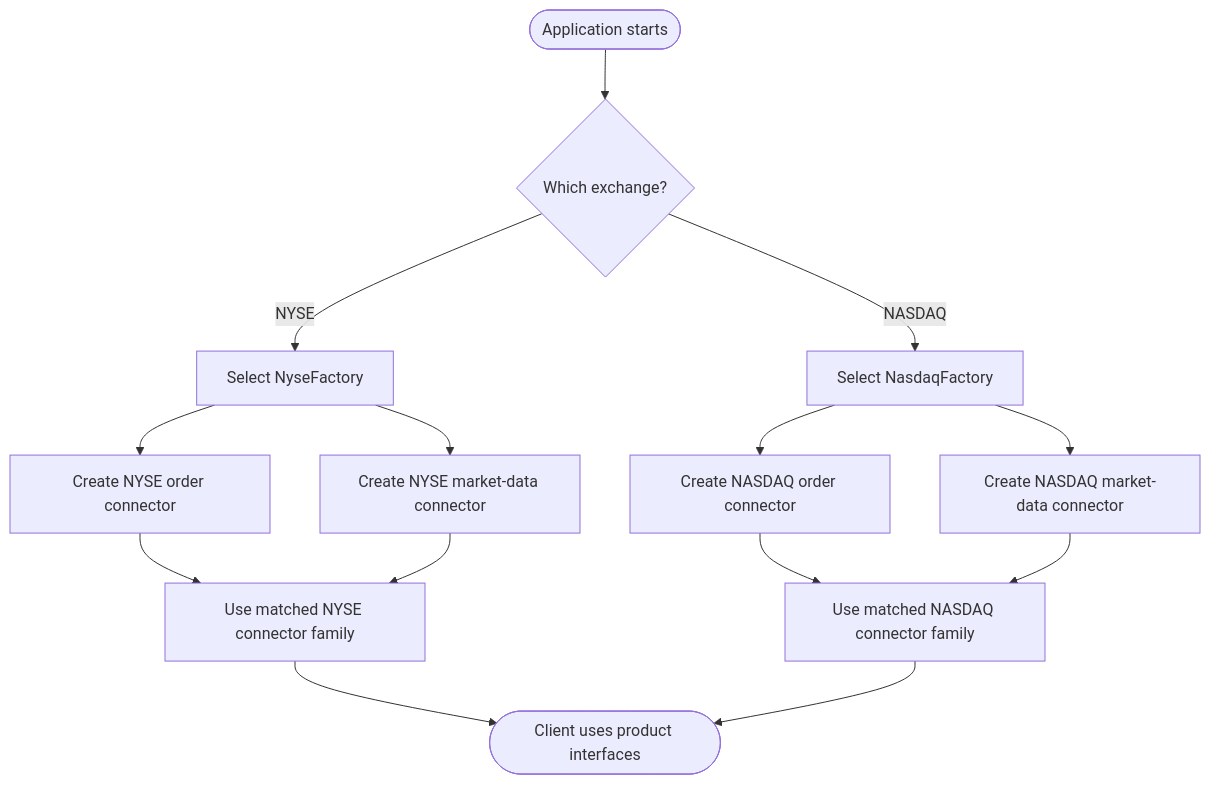
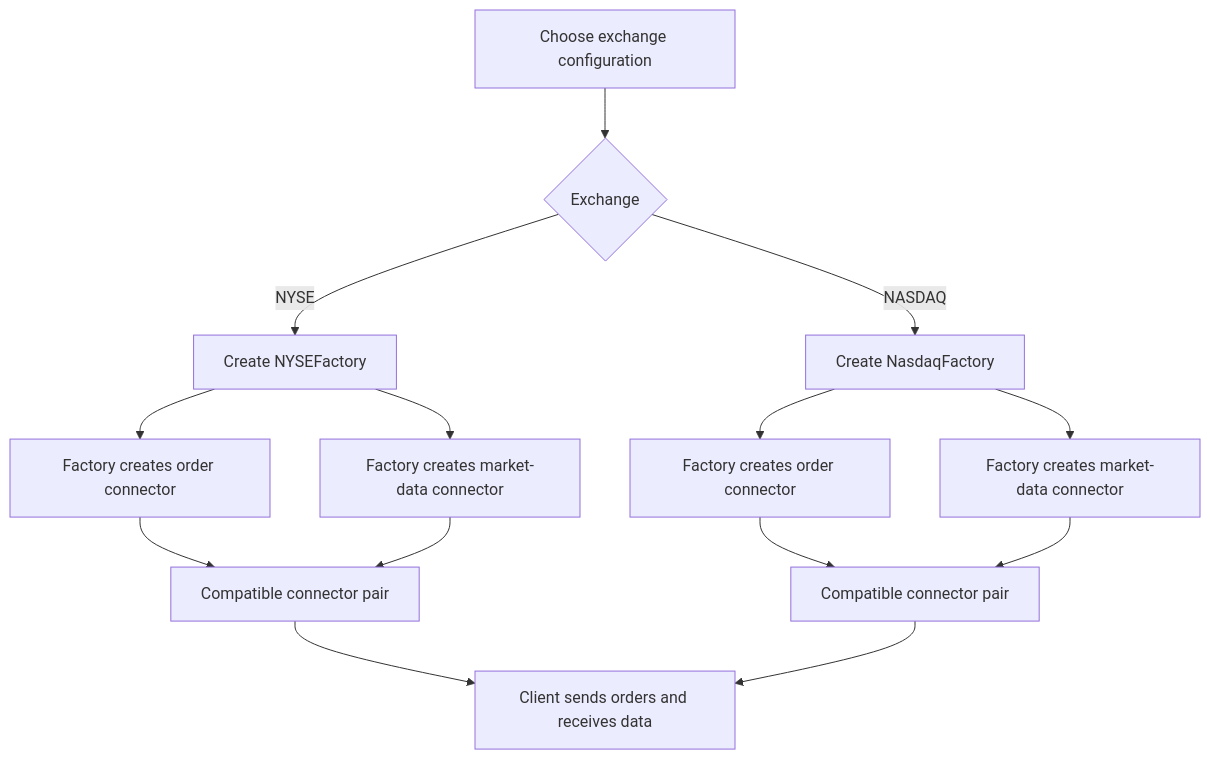
The sixth of 9 diagrams in Design Patterns 101 --- Creational Design Patterns.md (Jainparth22/ION_interview_helpful), drawn with Mermaid before and after one commit. The commit also changed other lines of this file, not shown here.

````diff
--- a/Design Patterns 101 --- Creational Design Patterns.md
+++ b/Design Patterns 101 --- Creational Design Patterns.md
@@ -2186,31 +447,16 @@
-``` mermaid
-
+```mermaid
 flowchart TD
-
-    A([Application starts]) --> B{Which exchange?}
-
-    B -- NYSE --> C[Select NyseFactory]
-
-    B -- NASDAQ --> D[Select NasdaqFactory]
-
-    C --> E[Create NYSE order connector]
-
-    C --> F[Create NYSE market-data connector]
-
-    D --> G[Create NASDAQ order connector]
-
-    D --> H[Create NASDAQ market-data connector]
-
-    E --> I[Use matched NYSE connector family]
-
-    F --> I
-
-    G --> J[Use matched NASDAQ connector family]
-
-    H --> J
-
-    I --> K([Client uses product interfaces])
-
-    J --> K
-
+    A[Choose exchange configuration] --> B{Exchange}
+    B -- NYSE --> C[Create NYSEFactory]
+    B -- NASDAQ --> D[Create NasdaqFactory]
+    C --> E[Factory creates order connector]
+    C --> F[Factory creates market-data connector]
+    D --> G[Factory creates order connector]
+    D --> H[Factory creates market-data connector]
+    E --> I[Compatible connector pair]
+    F --> I
+    G --> J[Compatible connector pair]
+    H --> J
+    I --> K[Client sends orders and receives data]
+    J --> K
 ```
````
